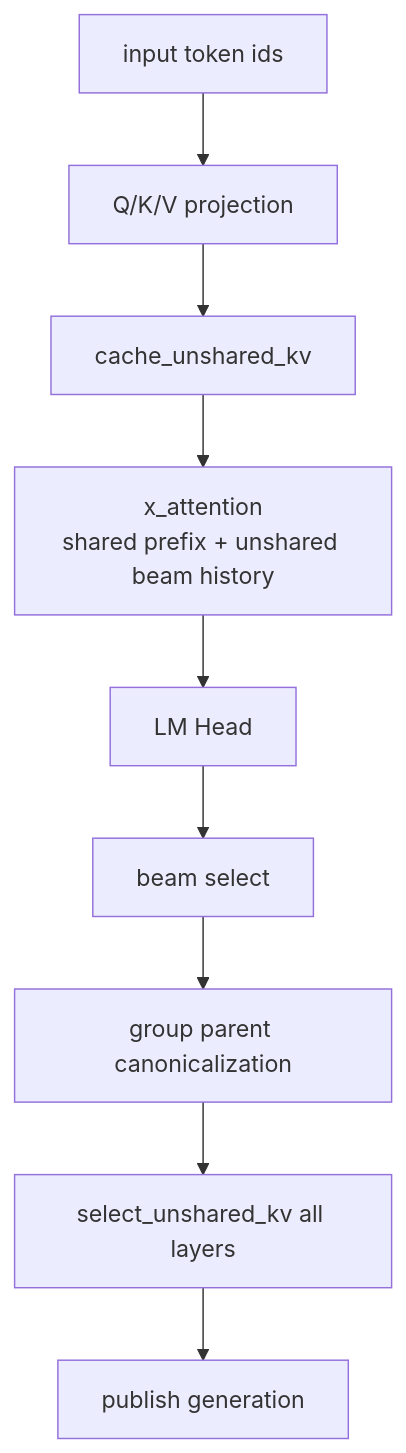
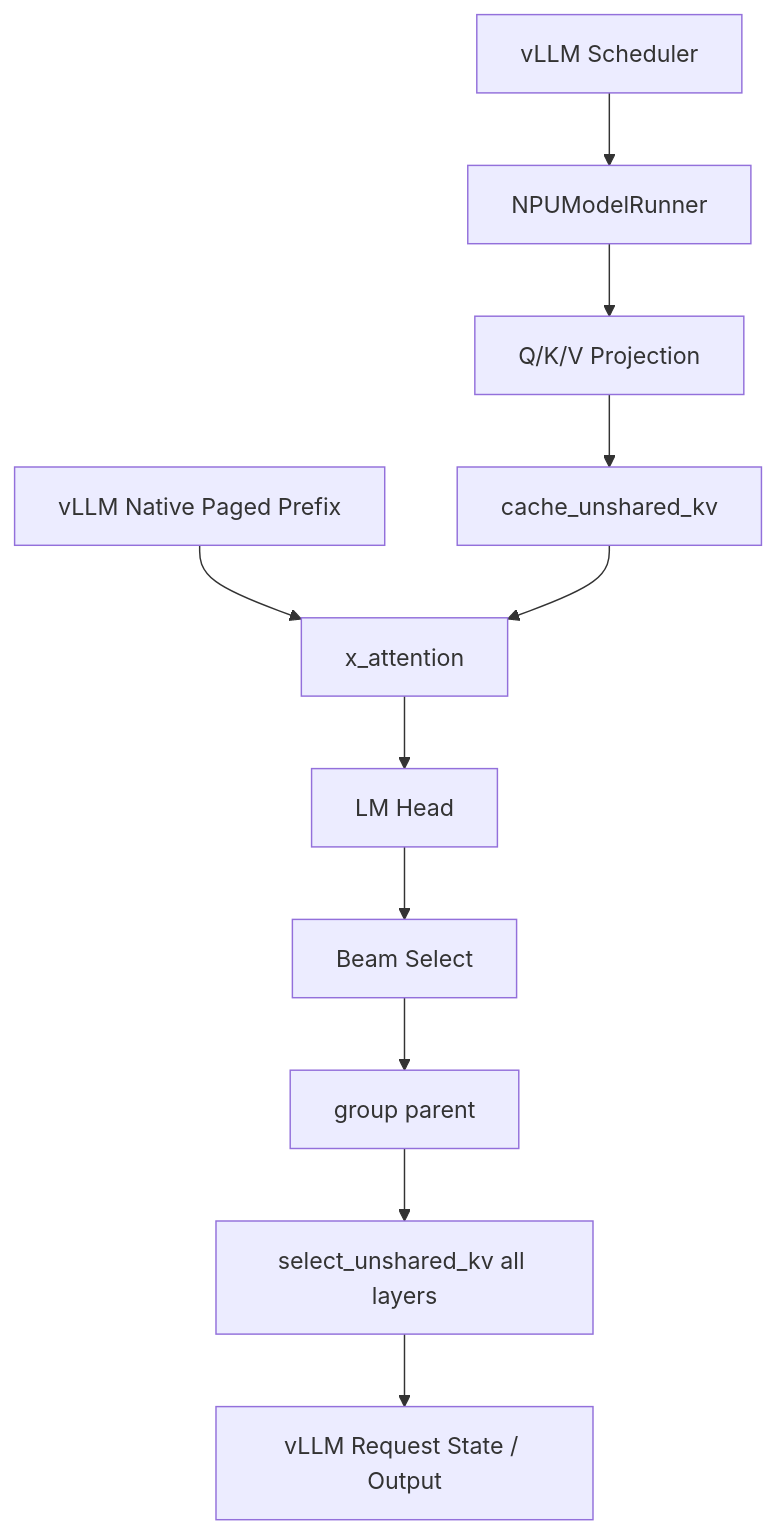
Before and after one commit to zhanghanleo10/gr-related: diagram 12 of 13 in GR/beam_incremental_decode_unified_architecture_design.md, drawn with Mermaid. The commit also changed other lines of this file, not shown here.

Commit message:
docs: make Beam incremental decode architecture vLLM-first

````diff
--- a/GR/beam_incremental_decode_unified_architecture_design.md
+++ b/GR/beam_incremental_decode_unified_architecture_design.md
@@ -1171,11 +754,13 @@
 ```mermaid
 flowchart TB
-    IN["input token ids"] --> QKV["Q/K/V projection"]
+    SCH["vLLM Scheduler"] --> MR["NPUModelRunner"]
+    MR --> QKV["Q/K/V Projection"]
     QKV --> CUK["cache_unshared_kv"]
-    CUK --> XA["x_attention<br/>shared prefix + unshared beam history"]
+    NKV["vLLM Native Paged Prefix"] --> XA["x_attention"]
+    CUK --> XA
     XA --> LM["LM Head"]
-    LM --> SEL["beam select"]
-    SEL --> GP["group parent canonicalization"]
+    LM --> SEL["Beam Select"]
+    SEL --> GP["group parent"]
     GP --> SUK["select_unshared_kv all layers"]
-    SUK --> PUB["publish generation"]
+    SUK --> OUT["vLLM Request State / Output"]
 ```
````
